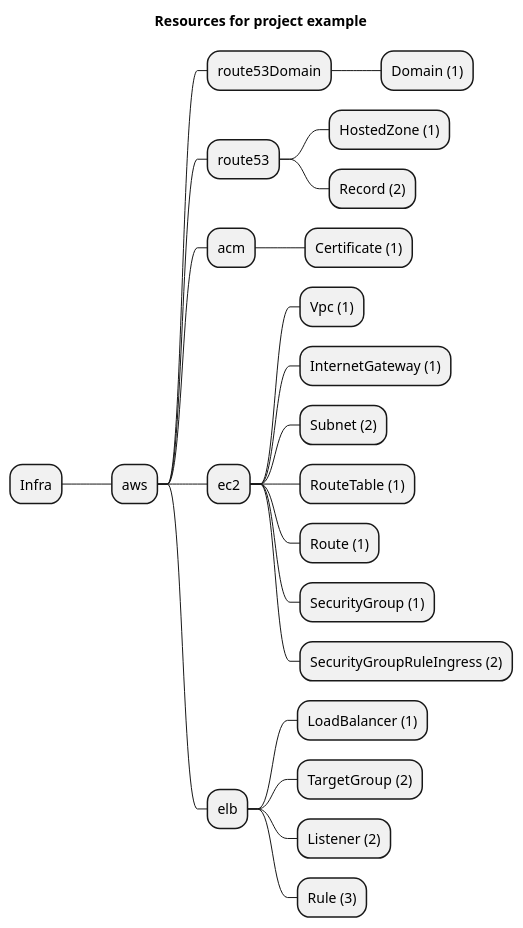
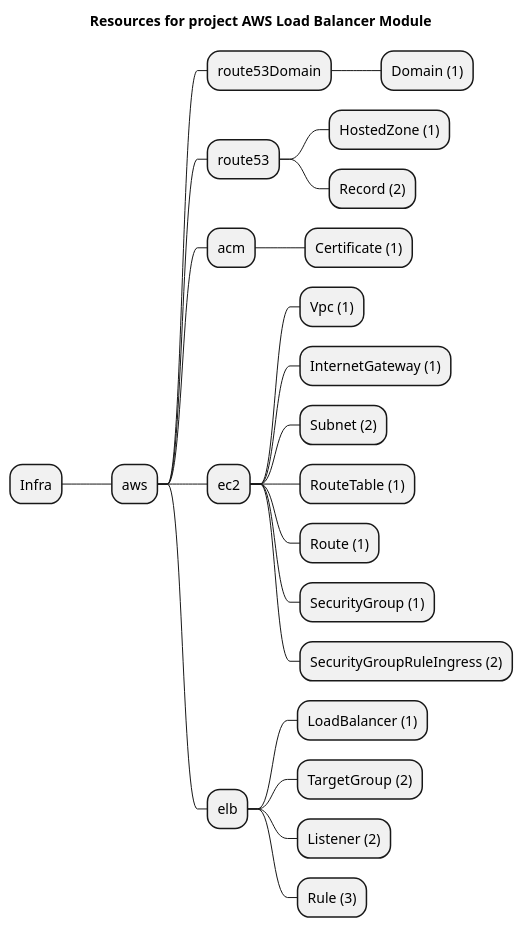
One commit to grucloud/grucloud changed the diagram in packages/modules/aws/load-balancer/example/artifacts/resources-mindmap.puml. Above: the diagram before and after it, drawn with PlantUML. The commit also changed 36 other files, not shown here.

```diff
--- a/packages/modules/aws/load-balancer/example/artifacts/resources-mindmap.puml
+++ b/packages/modules/aws/load-balancer/example/artifacts/resources-mindmap.puml
@@ -1,26 +1,26 @@
 @startmindmap
-title Resources for project example
+title Resources for project AWS Load Balancer Module
 skinparam monochrome true
 + Infra
 ++ aws
 +++ route53Domain
 ++++ Domain (1)
 +++ route53
 ++++ HostedZone (1)
 ++++ Record (2)
 +++ acm
 ++++ Certificate (1)
 +++ ec2
 ++++ Vpc (1)
 ++++ InternetGateway (1)
 ++++ Subnet (2)
 ++++ RouteTable (1)
 ++++ Route (1)
 ++++ SecurityGroup (1)
 ++++ SecurityGroupRuleIngress (2)
 +++ elb
 ++++ LoadBalancer (1)
 ++++ TargetGroup (2)
 ++++ Listener (2)
 ++++ Rule (3)
 @endmindmap
```
